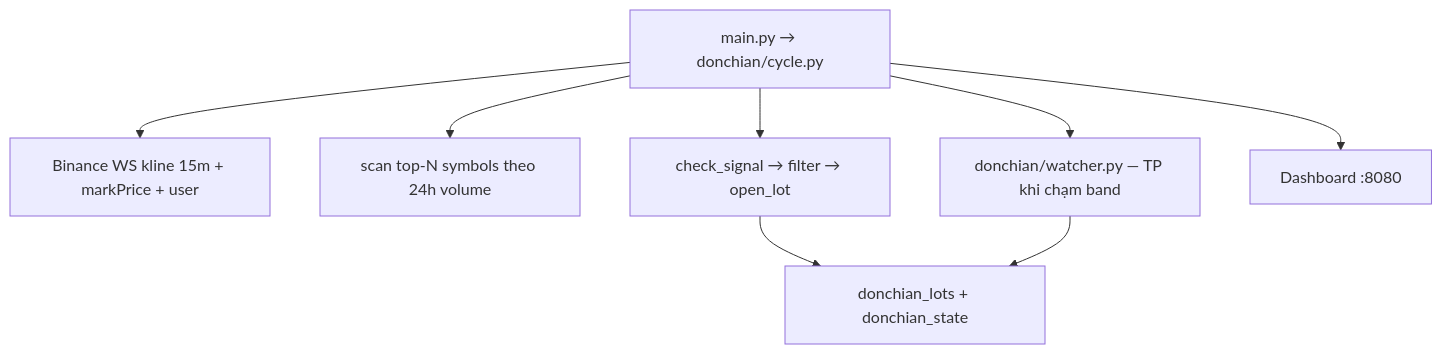
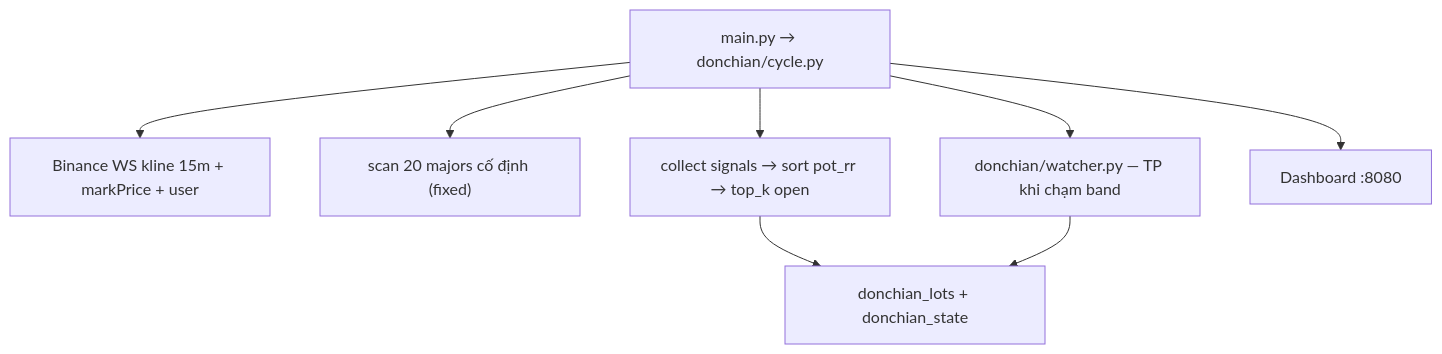
The first of 3 diagrams in docs/BOT_LOGIC.md (vnbees/ema-follow), drawn with Mermaid before and after one commit. The commit also changed other lines of this file and 69 other files, not shown here.

````diff
--- a/docs/BOT_LOGIC.md
+++ b/docs/BOT_LOGIC.md
@@ -22,11 +22,11 @@
 ```mermaid
 flowchart TB
     main["main.py → donchian/cycle.py"]
     main --> ws["Binance WS kline 15m + markPrice + user"]
-    main --> scan["scan top-N symbols theo 24h volume"]
-    main --> entry["check_signal → filter → open_lot"]
+    main --> scan["scan 20 majors cố định (fixed)"]
+    main --> rank["collect signals → sort pot_rr → top_k open"]
     main --> watcher["donchian/watcher.py — TP khi chạm band"]
-    entry --> db["donchian_lots + donchian_state"]
+    rank --> db["donchian_lots + donchian_state"]
     main --> web["Dashboard :8080"]
     watcher --> db
 ```
````
